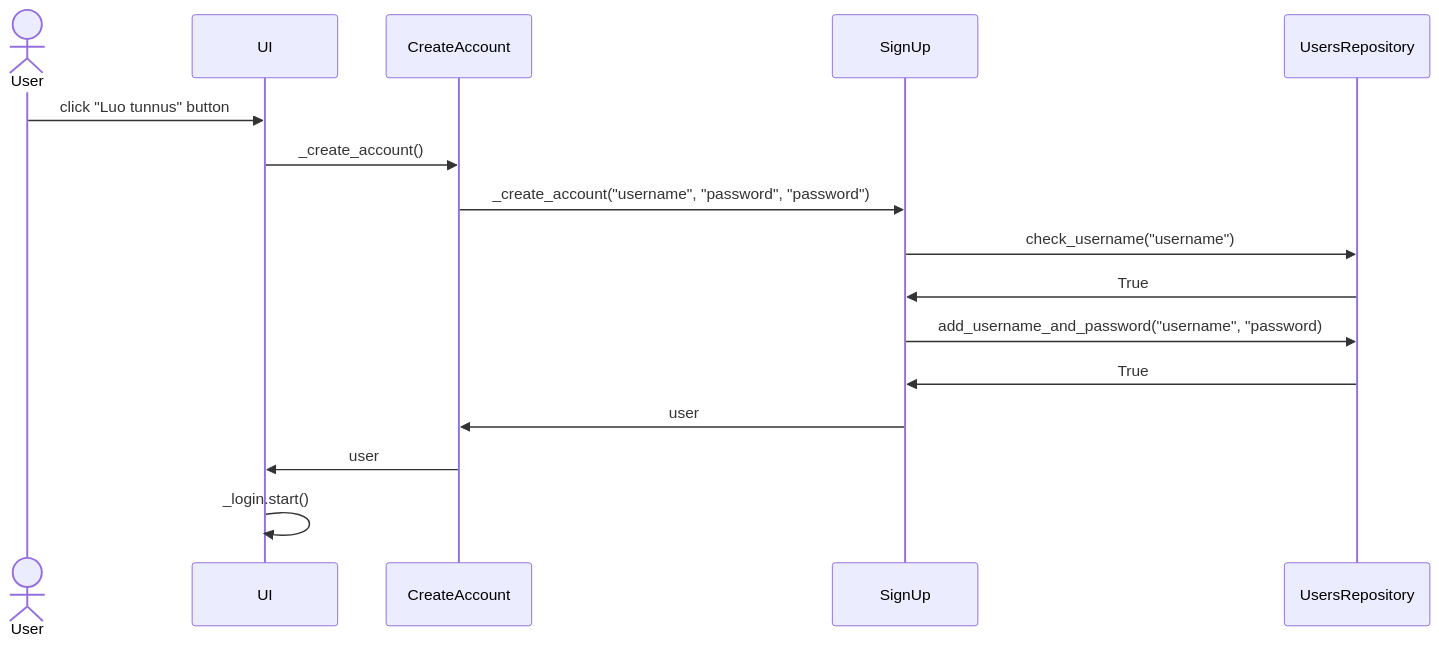
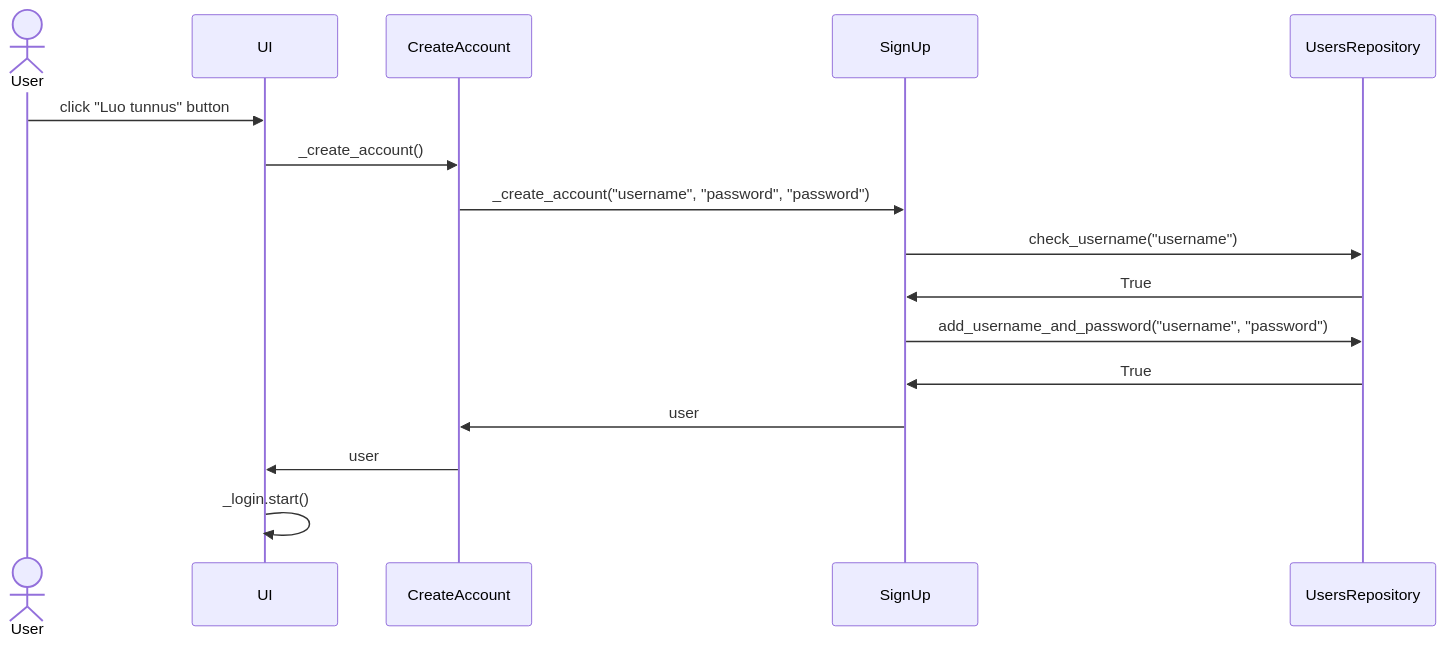
One commit to isagimos/laskin changed the diagram in dokumentaatio/arkkitehtuuri.md. Above: the diagram before and after it, drawn with Mermaid. The commit also changed other lines of this file, not shown here.

````diff
--- a/dokumentaatio/arkkitehtuuri.md
+++ b/dokumentaatio/arkkitehtuuri.md
@@ -5,19 +5,18 @@
 ```mermaid
 sequenceDiagram
    actor User
    participant UI
    participant CreateAccount
    participant SignUp
    participant UsersRepository
    User->>UI: click "Luo tunnus" button
    UI->>CreateAccount: _create_account()
    CreateAccount->>SignUp: _create_account("username", "password", "password")
    SignUp->>UsersRepository: check_username("username")
    UsersRepository->>SignUp: True
-   SignUp->>UsersRepository: add_username_and_password("username", "password)
+   SignUp->>UsersRepository: add_username_and_password("username", "password")
    UsersRepository->>SignUp: True
    SignUp->>CreateAccount: user
    CreateAccount->>UI: user
    UI->>UI: _login.start()
-
 ```
````
